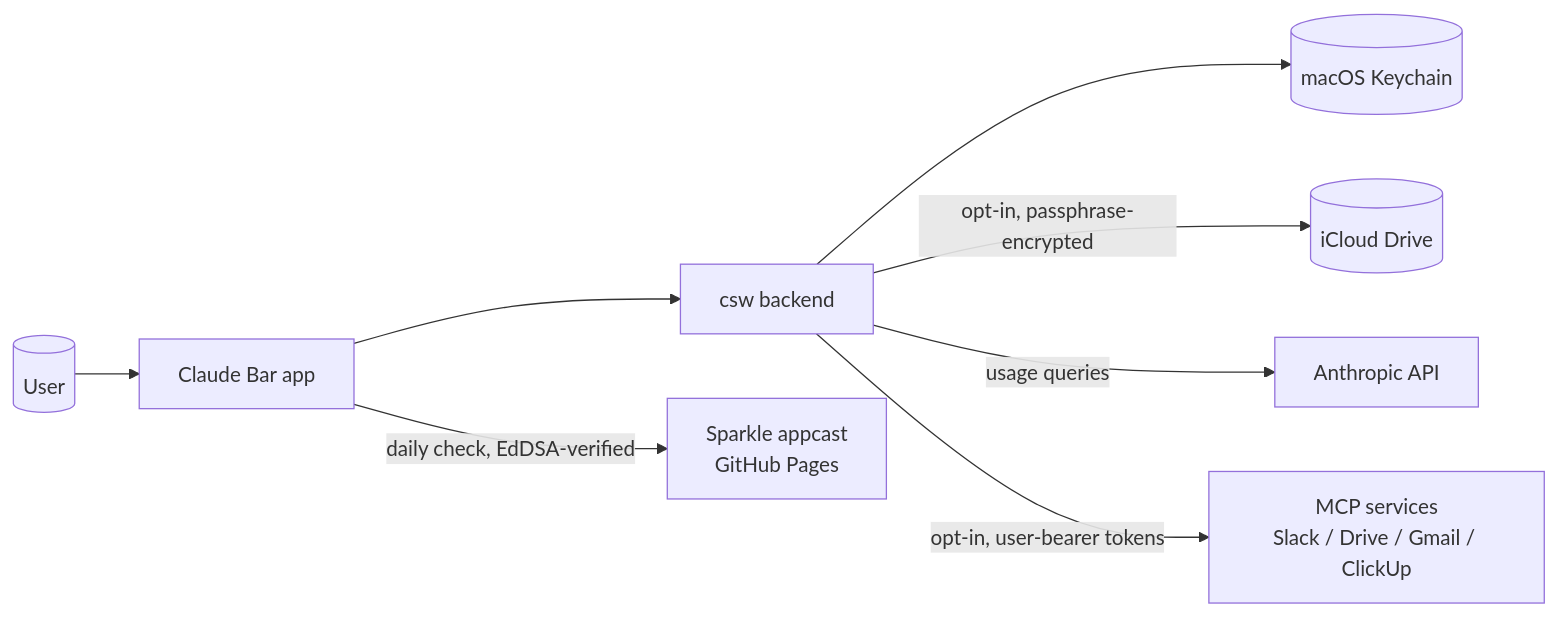
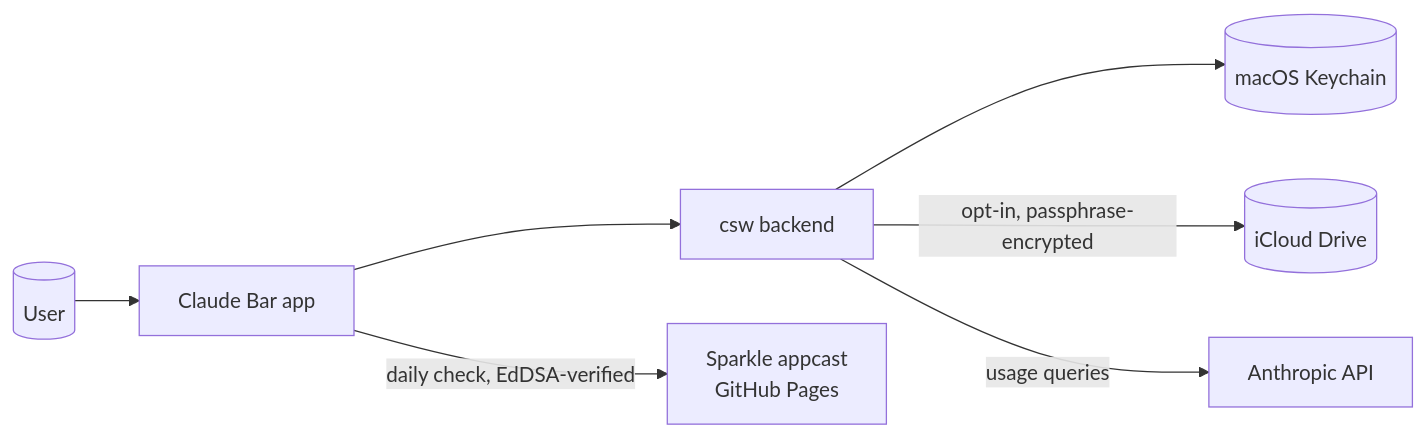
Before and after one commit to ncthanhngo/claude-bar: the diagram in SECURITY.md, drawn with Mermaid. The commit also changed other lines of this file and 171 other files, not shown here.

````diff
--- a/SECURITY.md
+++ b/SECURITY.md
@@ -35,19 +34,17 @@
 ```mermaid
 flowchart LR
     User[(User)]
     App[Claude Bar app]
     Backend[csw backend]
     Keychain[(macOS Keychain)]
     iCloud[(iCloud Drive)]
     Anthropic[Anthropic API]
-    MCP[MCP services<br/>Slack / Drive / Gmail / ClickUp]
     Sparkle[Sparkle appcast<br/>GitHub Pages]
 
     User --> App
     App --> Backend
     Backend --> Keychain
     Backend -- opt-in, passphrase-encrypted --> iCloud
     Backend -- usage queries --> Anthropic
-    Backend -- opt-in, user-bearer tokens --> MCP
     App -- daily check, EdDSA-verified --> Sparkle
 ```
````
